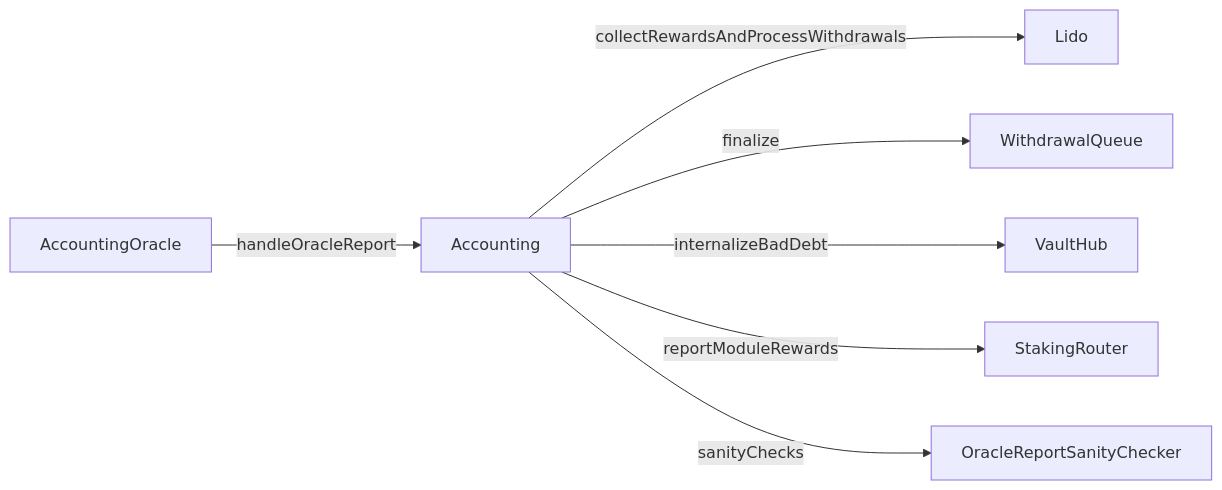
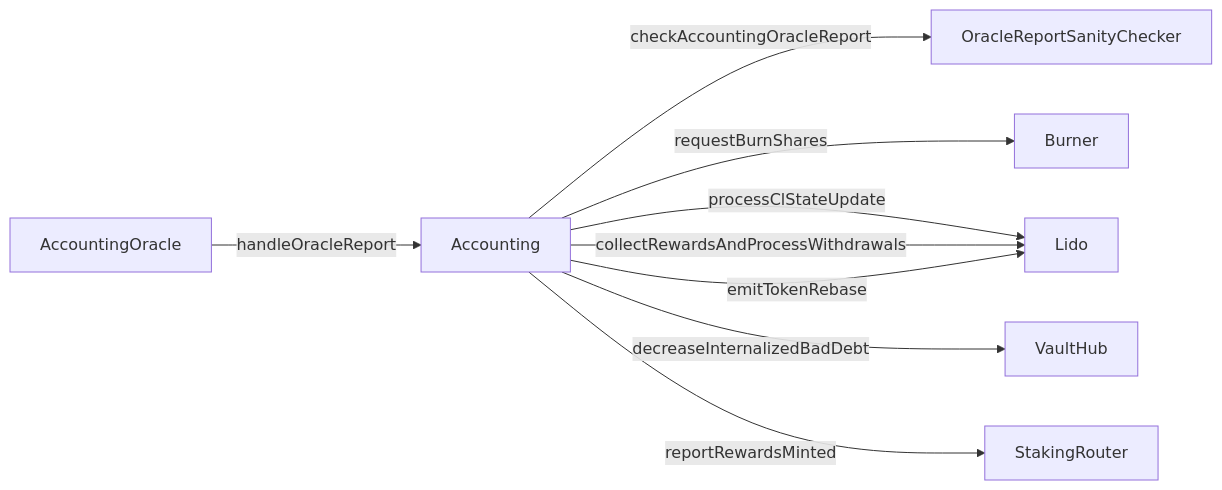
The diagram in docs/contracts/accounting.md (lidofinance/docs), drawn with Mermaid before and after one commit. The commit also changed other lines of this file and 19 other files, not shown here.

````diff
--- a/docs/contracts/accounting.md
+++ b/docs/contracts/accounting.md
@@ -30,9 +30,11 @@
 ```mermaid
 graph LR;
   AO[AccountingOracle]--handleOracleReport-->A[Accounting];
-  A--collectRewardsAndProcessWithdrawals-->L[Lido];
-  A--finalize-->WQ[WithdrawalQueue];
-  A--internalizeBadDebt-->VH[VaultHub];
-  A--reportModuleRewards-->SR[StakingRouter];
-  A--sanityChecks-->SC[OracleReportSanityChecker];
+  A--checkAccountingOracleReport-->SC[OracleReportSanityChecker];
+  A--requestBurnShares-->B[Burner];
+  A--processClStateUpdate-->L[Lido];
+  A--decreaseInternalizedBadDebt-->VH[VaultHub];
+  A--collectRewardsAndProcessWithdrawals-->L;
+  A--reportRewardsMinted-->SR[StakingRouter];
+  A--emitTokenRebase-->L;
 ```
````
